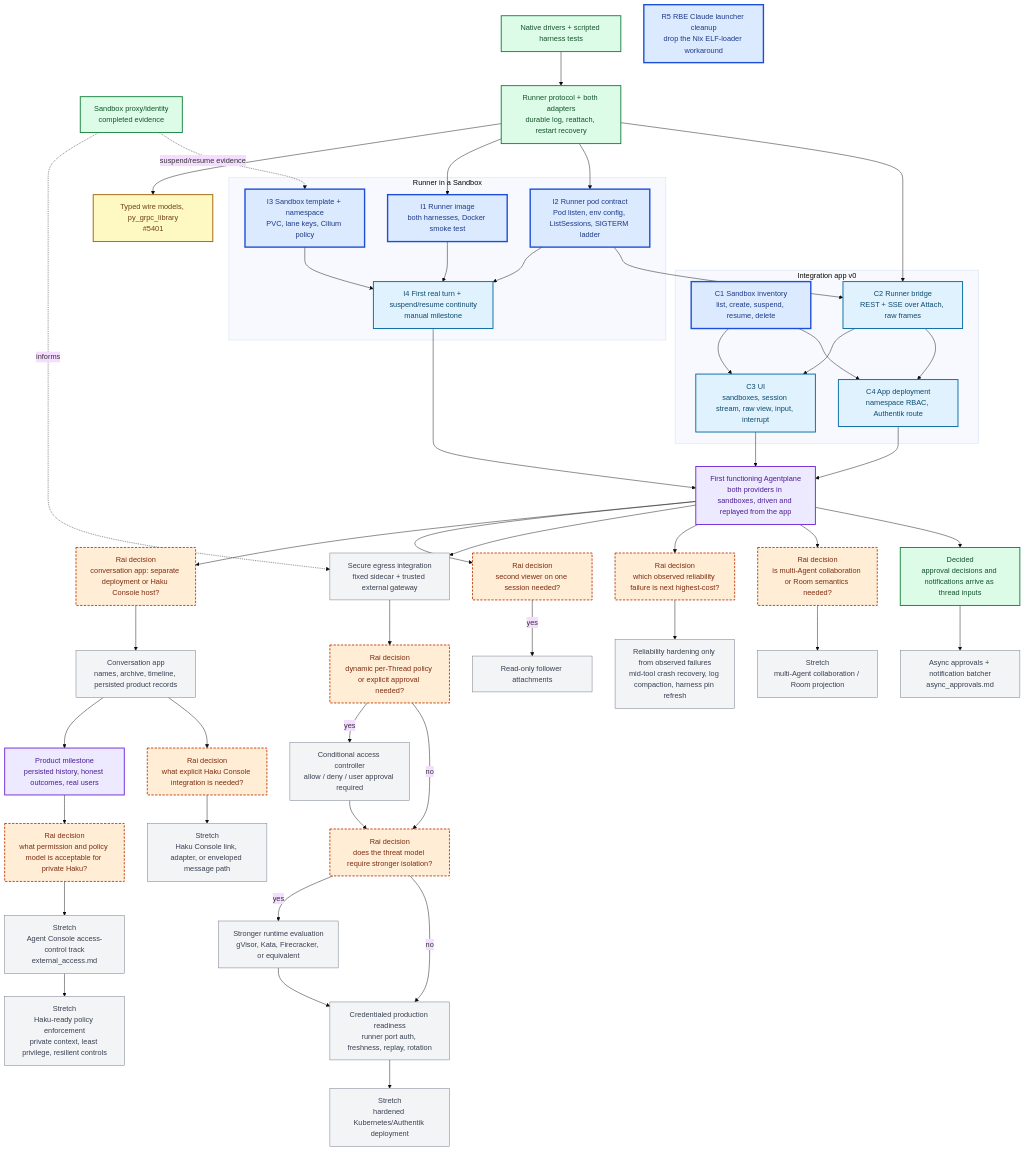
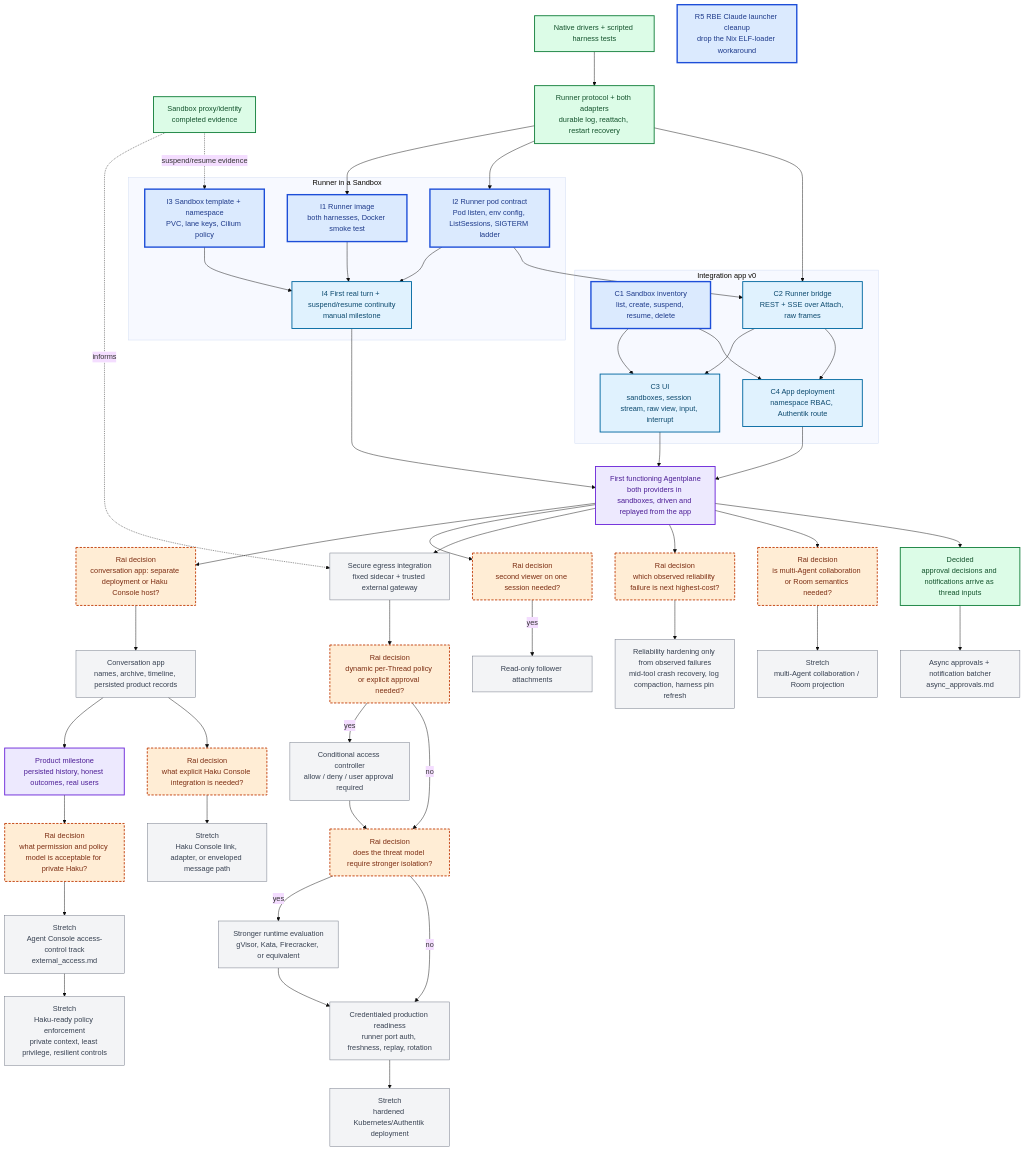
One commit to agentydragon/ducktape changed the diagram in x/agentplane/plans/task_dag.md. Above: the diagram before and after it, drawn with Mermaid (base theme). The commit also changed other lines of this file, not shown here.

First line of the commit message:
agentplane: the wire models landed; drop their review node from the DAG

````diff
--- a/x/agentplane/plans/task_dag.md
+++ b/x/agentplane/plans/task_dag.md
@@ -37,7 +36,6 @@
 ```mermaid
 flowchart TB
     classDef completed fill:#dcfce7,stroke:#15803d,color:#14532d,stroke-width:2px
-    classDef review fill:#fef9c3,stroke:#a16207,color:#713f12,stroke-width:2px
     classDef ready fill:#dbeafe,stroke:#1d4ed8,color:#1e3a8a,stroke-width:3px
     classDef next fill:#e0f2fe,stroke:#0369a1,color:#0c4a6e,stroke-width:2px
     classDef milestone fill:#ede9fe,stroke:#6d28d9,color:#4c1d95,stroke-width:2px
@@ -47,7 +45,6 @@
     S0["Sandbox proxy/identity<br/>completed evidence"]:::completed
     A["Native drivers + scripted harness tests"]:::completed
     B["Runner protocol + both adapters<br/>durable log, reattach, restart recovery"]:::completed
-    BW["Typed wire models, py_grpc_library<br/>#5401"]:::review
 
     subgraph pod["Runner in a Sandbox"]
         I1["I1 Runner image<br/>both harnesses, Docker smoke test"]:::ready
@@ -95,7 +92,7 @@
     AC["Stretch<br/>Haku-ready policy enforcement<br/>private context, least privilege, resilient controls"]:::future
     W["Stretch<br/>hardened Kubernetes/Authentik deployment"]:::future
 
-    A --> B --> BW
+    A --> B
     B --> I1
     B --> I2
     I1 --> I4
````
